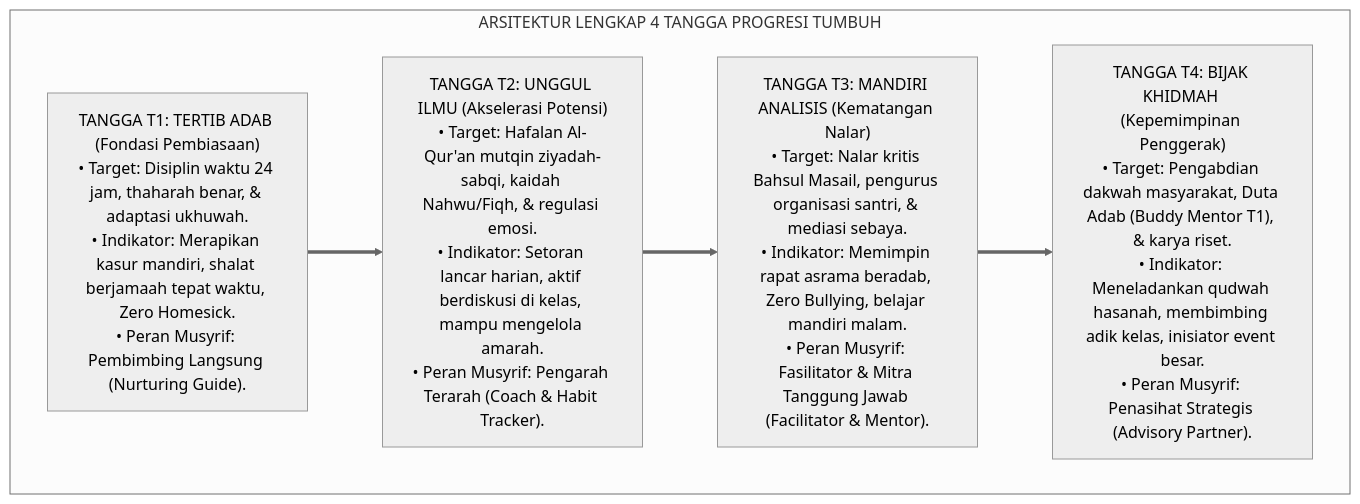
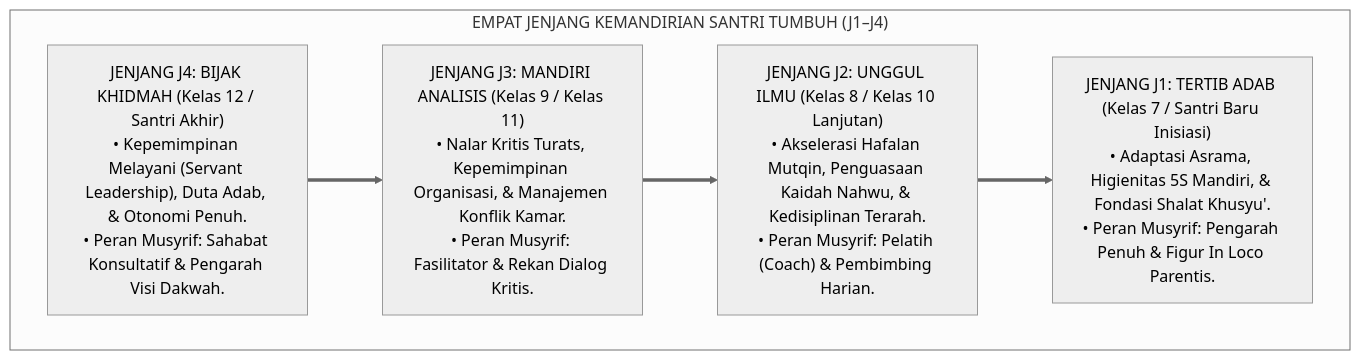
The second of 2 diagrams in 02 Principles/04 Development Principles/P2-04-03-Prinsip-Progresi-Tangga-TUMBUH-T1-T4.md (wandiapriliyandi/tumbuh), drawn with Mermaid (neutral theme) before and after one commit. The commit also changed other lines of this file and 7 other files, not shown here.

````diff
--- a/02 Principles/04 Development Principles/P2-04-03-Prinsip-Progresi-Tangga-TUMBUH-T1-T4.md
+++ b/02 Principles/04 Development Principles/P2-04-03-Prinsip-Progresi-Tangga-TUMBUH-T1-T4.md
@@ -123,14 +112,15 @@
 ```mermaid
-graph TD
-    subgraph DetailEmpatTanggaTUMBUH["ARSITEKTUR LENGKAP 4 TANGGA PROGRESI TUMBUH"]
-        T1_Detail["TANGGA T1: TERTIB ADAB (Fondasi Pembiasaan)<br/>• Target: Disiplin waktu 24 jam, thaharah benar, & adaptasi ukhuwah.<br/>• Indikator: Merapikan kasur mandiri, shalat berjamaah tepat waktu, Zero Homesick.<br/>• Peran Musyrif: Pembimbing Langsung (Nurturing Guide)."]
+flowchart TD
+    subgraph ArsitekturTanggaTUMBUH["EMPAT JENJANG KEMANDIRIAN SANTRI TUMBUH (J1–J4)"]
         
-        T2_Detail["TANGGA T2: UNGGUL ILMU (Akselerasi Potensi)<br/>• Target: Hafalan Al-Qur'an mutqin ziyadah-sabqi, kaidah Nahwu/Fiqh, & regulasi emosi.<br/>• Indikator: Setoran lancar harian, aktif berdiskusi di kelas, mampu mengelola amarah.<br/>• Peran Musyrif: Pengarah Terarah (Coach & Habit Tracker)."]
+        J4["JENJANG J4: BIJAK KHIDMAH (Kelas 12 / Santri Akhir)<br/>• Kepemimpinan Melayani (Servant Leadership), Duta Adab, & Otonomi Penuh.<br/>• Peran Musyrif: Sahabat Konsultatif & Pengarah Visi Dakwah."]
         
-        T3_Detail["TANGGA T3: MANDIRI ANALISIS (Kematangan Nalar)<br/>• Target: Nalar kritis Bahsul Masail, pengurus organisasi santri, & mediasi sebaya.<br/>• Indikator: Memimpin rapat asrama beradab, Zero Bullying, belajar mandiri malam.<br/>• Peran Musyrif: Fasilitator & Mitra Tanggung Jawab (Facilitator & Mentor)."]
+        J3["JENJANG J3: MANDIRI ANALISIS (Kelas 9 / Kelas 11)<br/>• Nalar Kritis Turats, Kepemimpinan Organisasi, & Manajemen Konflik Kamar.<br/>• Peran Musyrif: Fasilitator & Rekan Dialog Kritis."]
         
-        T4_Detail["TANGGA T4: BIJAK KHIDMAH (Kepemimpinan Penggerak)<br/>• Target: Pengabdian dakwah masyarakat, Duta Adab (Buddy Mentor T1), & karya riset.<br/>• Indikator: Meneladankan qudwah hasanah, membimbing adik kelas, inisiator event besar.<br/>• Peran Musyrif: Penasihat Strategis (Advisory Partner)."]
+        J2["JENJANG J2: UNGGUL ILMU (Kelas 8 / Kelas 10 Lanjutan)<br/>• Akselerasi Hafalan Mutqin, Penguasaan Kaidah Nahwu, & Kedisiplinan Terarah.<br/>• Peran Musyrif: Pelatih (Coach) & Pembimbing Harian."]
         
-        T1_Detail ==> T2_Detail ==> T3_Detail ==> T4_Detail
+        J1["JENJANG J1: TERTIB ADAB (Kelas 7 / Santri Baru Inisiasi)<br/>• Adaptasi Asrama, Higienitas 5S Mandiri, & Fondasi Shalat Khusyu'.<br/>• Peran Musyrif: Pengarah Penuh & Figur In Loco Parentis."]
+        
+        J4 ==> J3 ==> J2 ==> J1
     end
 ```
````
